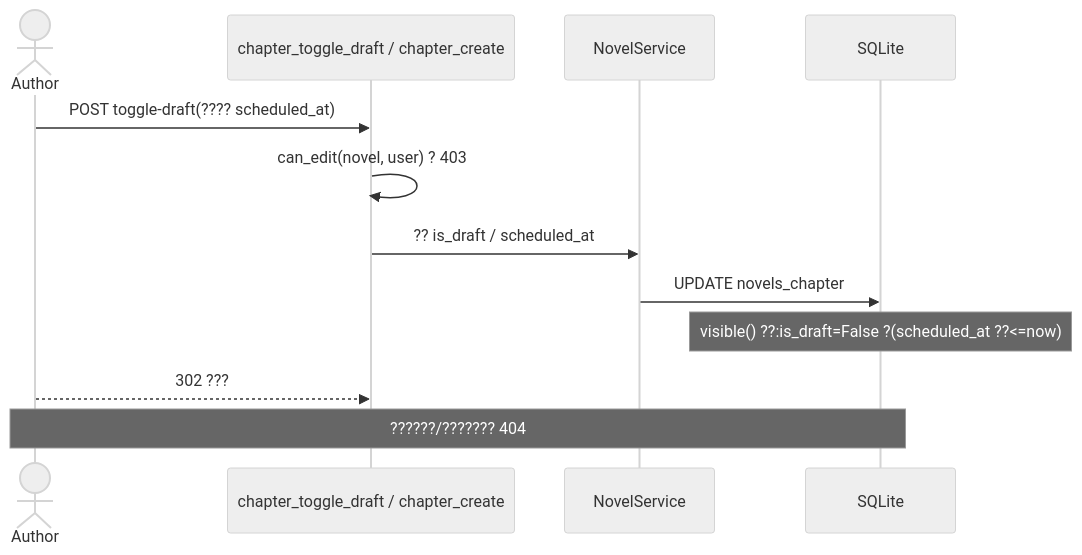
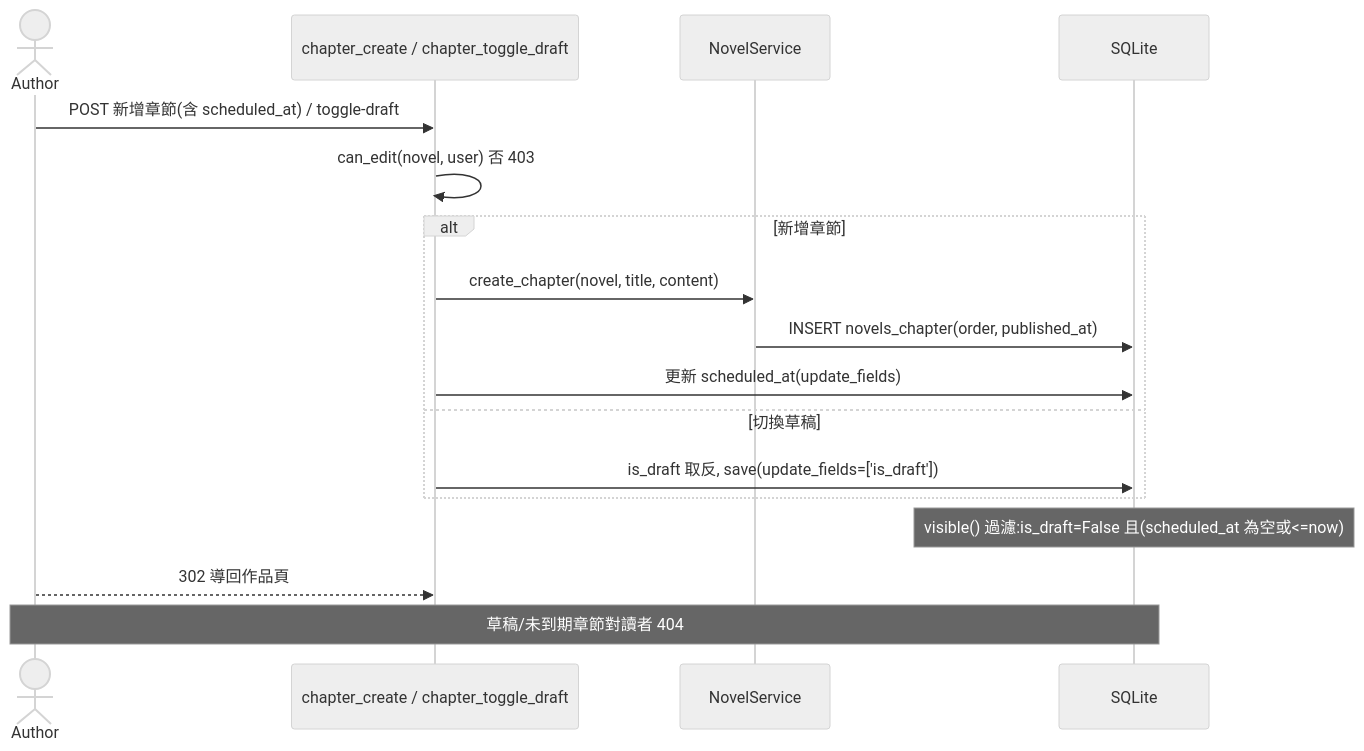
Before and after one commit to StrikeAtZeroHour/cs3383-web-novel-platform: the seventh of 10 diagrams in docs/diagrams/04-sequence.md, drawn with Mermaid (neutral theme). The commit also changed other lines of this file and 11 other files, not shown here.

First line of the commit message:
Fix diagram text corruption and align diagrams with code

````diff
--- a/docs/diagrams/04-sequence.md
+++ b/docs/diagrams/04-sequence.md
@@ -649,14 +649,19 @@
 ```mermaid
 sequenceDiagram
     actor A as Author
-    participant V as chapter_toggle_draft / chapter_create
+    participant V as chapter_create / chapter_toggle_draft
     participant S as NovelService
     participant DB as SQLite
-    A->>V: POST toggle-draft(???? scheduled_at)
-    V->>V: can_edit(novel, user) ? 403
-    V->>S: ?? is_draft / scheduled_at
-    S->>DB: UPDATE novels_chapter
-    Note over DB: visible() ??:is_draft=False ?(scheduled_at ??<=now)
-    A-->>V: 302 ???
-    Note over A,DB: ??????/??????? 404
+    A->>V: POST 新增章節(含 scheduled_at) / toggle-draft
+    V->>V: can_edit(novel, user) 否 403
+    alt 新增章節
+        V->>S: create_chapter(novel, title, content)
+        S->>DB: INSERT novels_chapter(order, published_at)
+        V->>DB: 更新 scheduled_at(update_fields)
+    else 切換草稿
+        V->>DB: is_draft 取反, save(update_fields=['is_draft'])
+    end
+    Note over DB: visible() 過濾:is_draft=False 且(scheduled_at 為空或<=now)
+    A-->>V: 302 導回作品頁
+    Note over A,DB: 草稿/未到期章節對讀者 404
 ```
````
